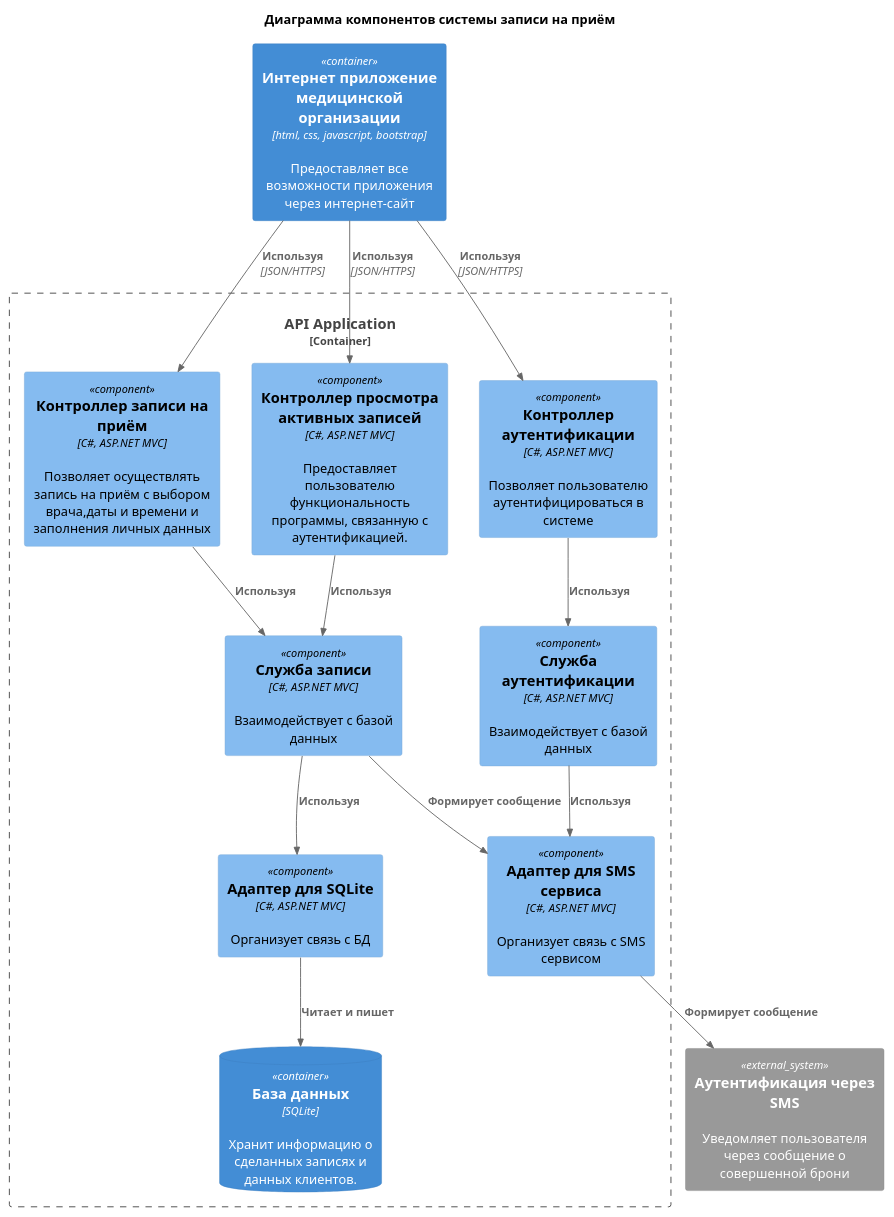
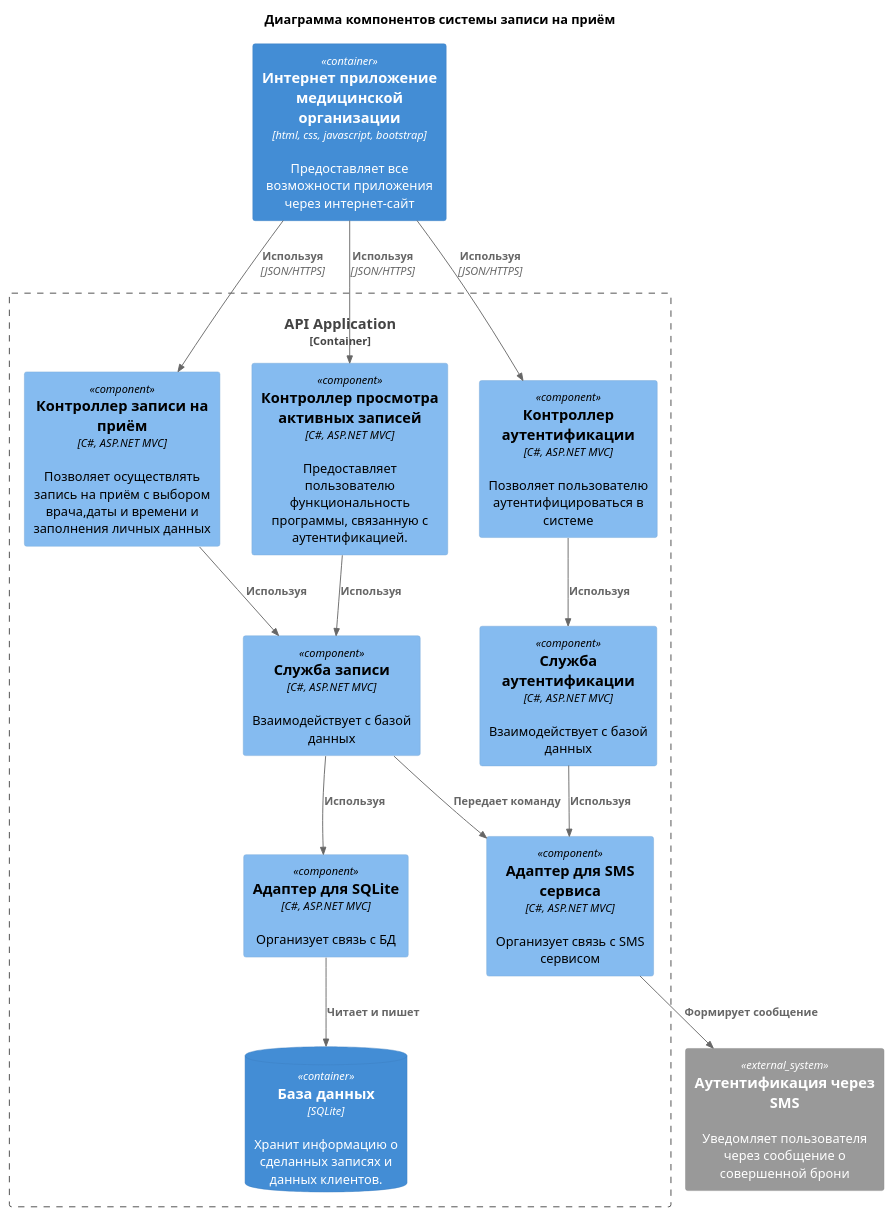
The diagram in docs/UML/ComponentDiagram.puml (Vovkarik/CardioDom), drawn with PlantUML before and after one commit. The commit also changed 2 other files, not shown here.

Commit message:
Changed diagrams

```diff
--- a/docs/UML/ComponentDiagram.puml
+++ b/docs/UML/ComponentDiagram.puml
@@ -1,35 +1,35 @@
 @startuml
 !includeurl https://raw.githubusercontent.com/RicardoNiepel/C4-PlantUML/master/C4_Component.puml
 ' uncomment the following line and comment the first to use locally
 ' !include C4_Component.puml
 
 
 title Диаграмма компонентов системы записи на приём
 
 Container(site, "Интернет приложение медицинской организации", "html, css, javascript, bootstrap", "Предоставляет все возможности приложения через интернет-сайт")
 System_Ext(SMS, "Аутентификация через SMS", "Уведомляет пользователя через сообщение о совершенной брони")
 
 Container_Boundary(appointment_sys, "API Application") {
     Component(sign, "Контроллер аутентификации", "С#, ASP.NET MVC", "Позволяет пользователю аутентифицироваться в системе")
     Component(appointment, "Контроллер записи на приём", "С#, ASP.NET MVC", "Позволяет осуществлять запись на приём с выбором врача,даты и времени и заполнения личных данных")
     Component(CRM, "Контроллер просмотра активных записей ", "С#, ASP.NET MVC", "Предоставляет пользователю функциональность программы, связанную с аутентификацией.")
     Component(auth_daemon, "Служба аутентификации", "С#, ASP.NET MVC", "Взаимодействует с базой данных")
     Component(appointment_daemon, "Служба записи", "С#, ASP.NET MVC", "Взаимодействует с базой данных")
     Component(SMS_adapter, "Адаптер для SMS сервиса", "С#, ASP.NET MVC", "Организует связь с SMS сервисом")
     Component(SQLite_adapter, "Адаптер для SQLite", "С#, ASP.NET MVC", "Организует связь с БД")
     ContainerDb(db, "База данных", "SQLite", "Хранит информацию о сделанных записях и данных клиентов.")
     Rel(auth_daemon, SMS_adapter, "Используя")
     Rel(appointment_daemon, SQLite_adapter, "Используя")
-    Rel(appointment_daemon, SMS_adapter, "Формирует сообщение")
+    Rel(appointment_daemon, SMS_adapter, "Передает команду")
     Rel(sign, auth_daemon, "Используя")
     Rel(appointment, appointment_daemon, "Используя")
     Rel(CRM, appointment_daemon, "Используя")   
     Rel(SMS_adapter, SMS, "Формирует сообщение")
     Rel(SQLite_adapter, db, "Читает и пишет")
 }
 
 Rel(site, sign, "Используя", "JSON/HTTPS")
 Rel(site, appointment, "Используя", "JSON/HTTPS")
 Rel(site, CRM, "Используя", "JSON/HTTPS")
 
 @enduml
```
